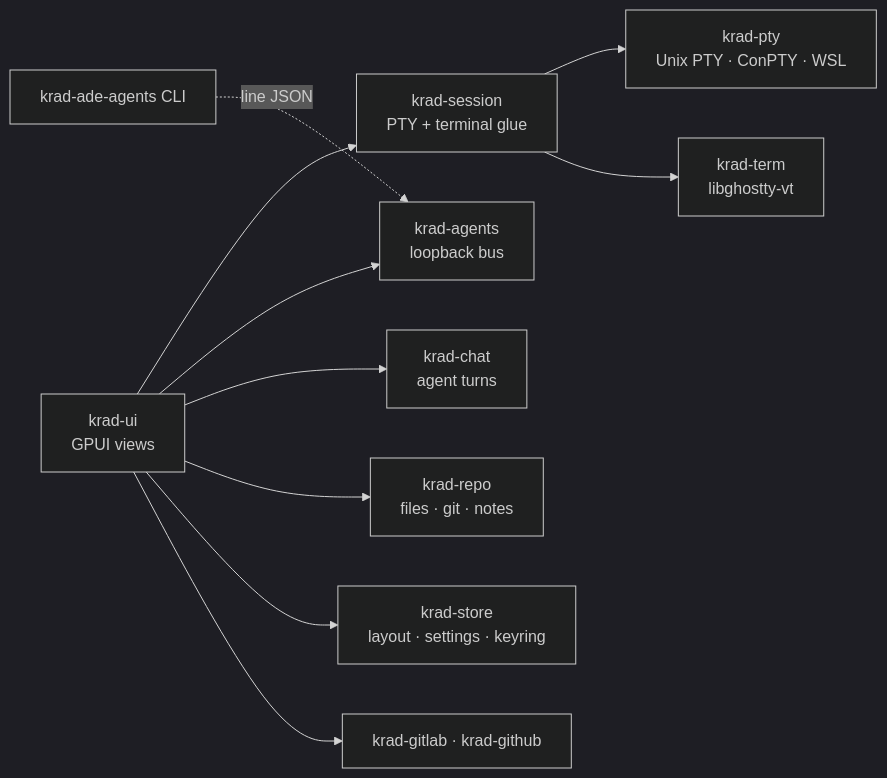
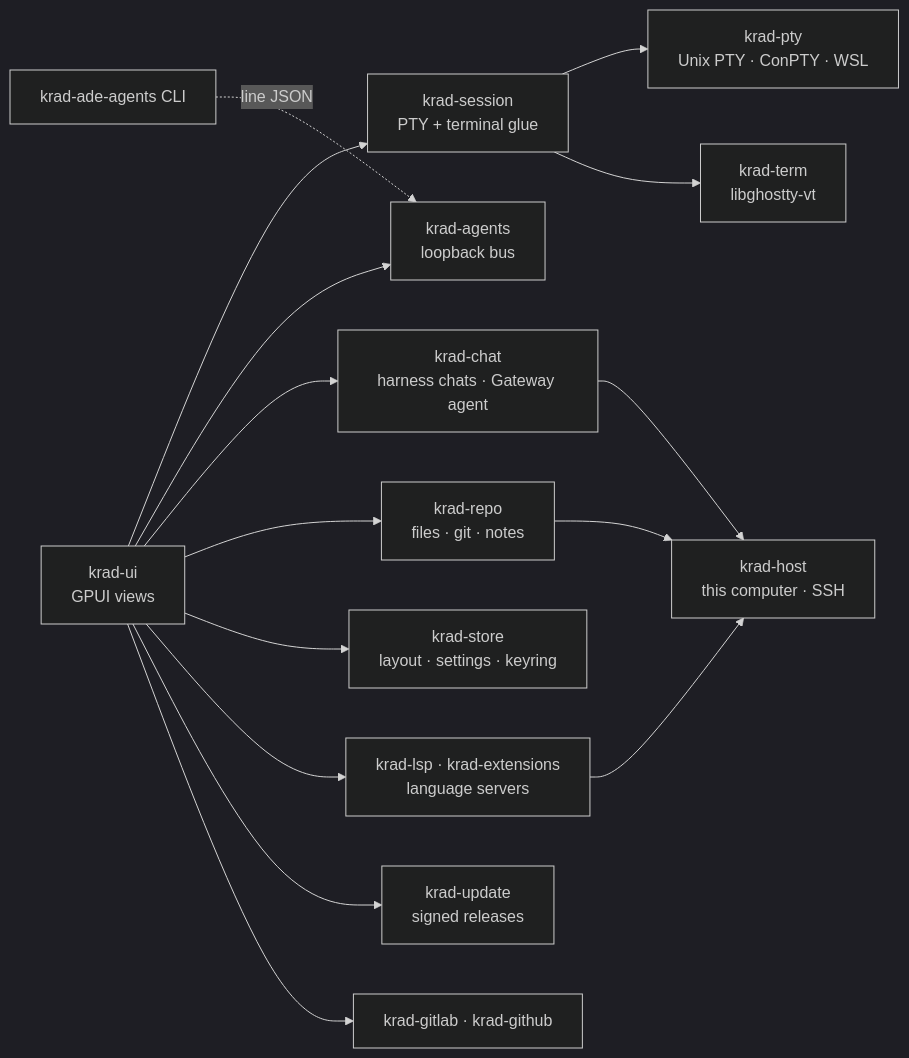
One commit to joordih/krad-ade changed the diagram in README.md. Above: the diagram before and after it, drawn with Mermaid (dark theme). The commit also changed other lines of this file and 7 other files, not shown here.

````diff
--- a/README.md
+++ b/README.md
@@ -186,12 +221,17 @@
 ```mermaid
 flowchart LR
     UI["krad-ui<br/>GPUI views"] --> Session["krad-session<br/>PTY + terminal glue"]
     Session --> PTY["krad-pty<br/>Unix PTY · ConPTY · WSL"]
     Session --> Term["krad-term<br/>libghostty-vt"]
     UI --> Agents["krad-agents<br/>loopback bus"]
-    UI --> Chat["krad-chat<br/>agent turns"]
+    UI --> Chat["krad-chat<br/>harness chats · Gateway agent"]
     UI --> Repo["krad-repo<br/>files · git · notes"]
     UI --> Store["krad-store<br/>layout · settings · keyring"]
-    UI --> Hosts["krad-gitlab · krad-github"]
+    UI --> Lsp["krad-lsp · krad-extensions<br/>language servers"]
+    UI --> Update["krad-update<br/>signed releases"]
+    UI --> CodeHosts["krad-gitlab · krad-github"]
+    Repo --> Host["krad-host<br/>this computer · SSH"]
+    Chat --> Host
+    Lsp --> Host
     CLI["krad-ade-agents CLI"] -. line JSON .-> Agents
 ```
````
